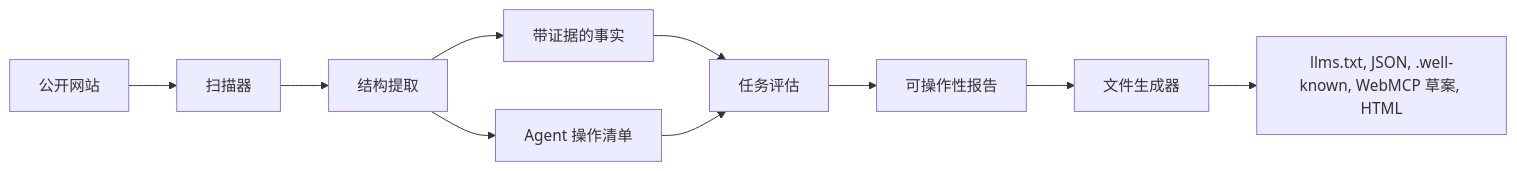
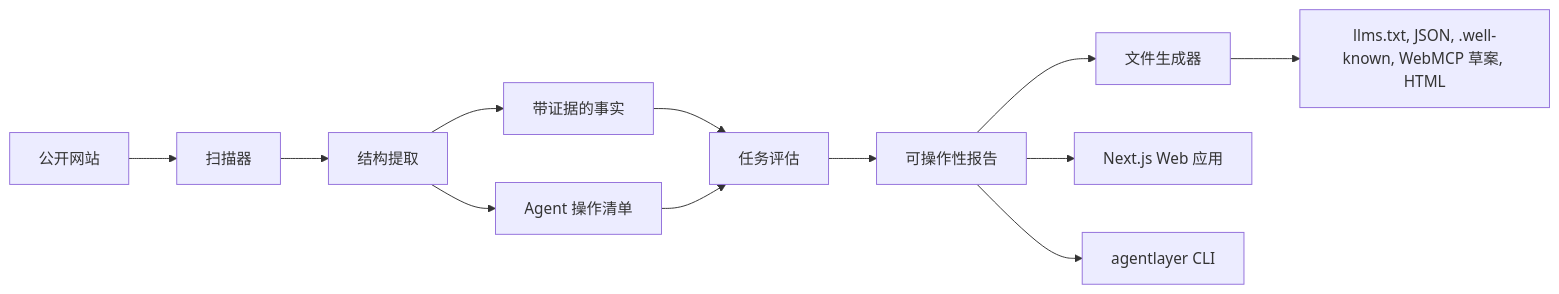
Before and after one commit to Qqqq5910/agentlayer: the diagram in README.zh-CN.md, drawn with Mermaid. The commit also changed other lines of this file and 32 other files, not shown here.

````diff
--- a/README.zh-CN.md
+++ b/README.zh-CN.md
@@ -72,12 +103,14 @@
 ```mermaid
 flowchart LR
   Website["公开网站"] --> Scanner["扫描器"]
   Scanner --> Extractor["结构提取"]
   Extractor --> Facts["带证据的事实"]
   Extractor --> Actions["Agent 操作清单"]
   Facts --> Evaluator["任务评估"]
   Actions --> Evaluator
   Evaluator --> Report["可操作性报告"]
   Report --> Generator["文件生成器"]
   Generator --> Files["llms.txt, JSON, .well-known, WebMCP 草案, HTML"]
+  Report --> Web["Next.js Web 应用"]
+  Report --> CLI["agentlayer CLI"]
 ```
````
